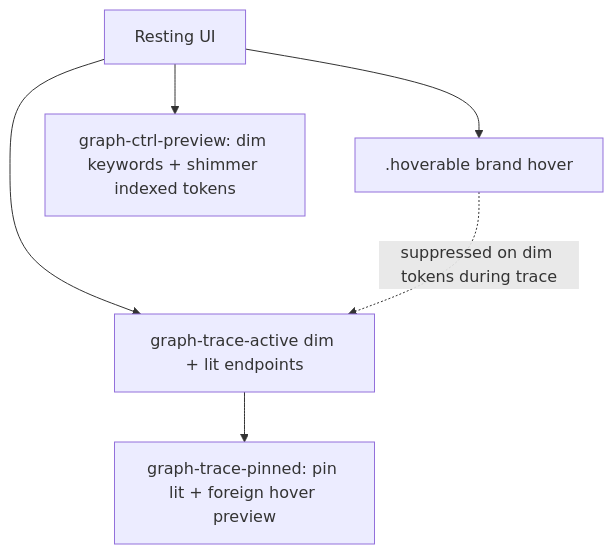
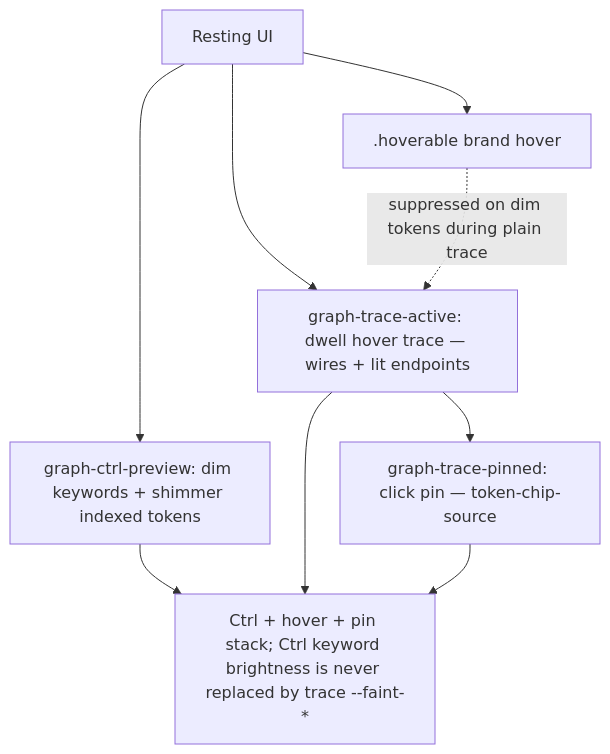
One commit to matkleve/codegrapher changed the diagram in docs/specs/system/interaction-emphasis.md. Above: the diagram before and after it, drawn with Mermaid. The commit also changed other lines of this file and 28 other files, not shown here.

````diff
--- a/docs/specs/system/interaction-emphasis.md
+++ b/docs/specs/system/interaction-emphasis.md
@@ -19,8 +21,11 @@
 ```mermaid
 flowchart TB
   Base[Resting UI] --> Hover[.hoverable brand hover]
-  Base --> Ctrl[graph-ctrl-preview: dim keywords + shimmer indexed tokens]
-  Base --> Trace[graph-trace-active dim + lit endpoints]
-  Trace --> Pin[graph-trace-pinned: pin lit + foreign hover preview]
-  Hover -.->|suppressed on dim tokens during trace| Trace
+  Base --> Ctrl["graph-ctrl-preview: dim keywords + shimmer indexed tokens"]
+  Base --> Trace["graph-trace-active: dwell hover trace — wires + lit endpoints"]
+  Trace --> Pin["graph-trace-pinned: click pin — token-chip-source"]
+  Ctrl --> Combo["Ctrl + hover + pin stack; Ctrl keyword brightness is never replaced by trace --faint-*"]
+  Trace --> Combo
+  Pin --> Combo
+  Hover -.->|suppressed on dim tokens during plain trace| Trace
 ```
````
